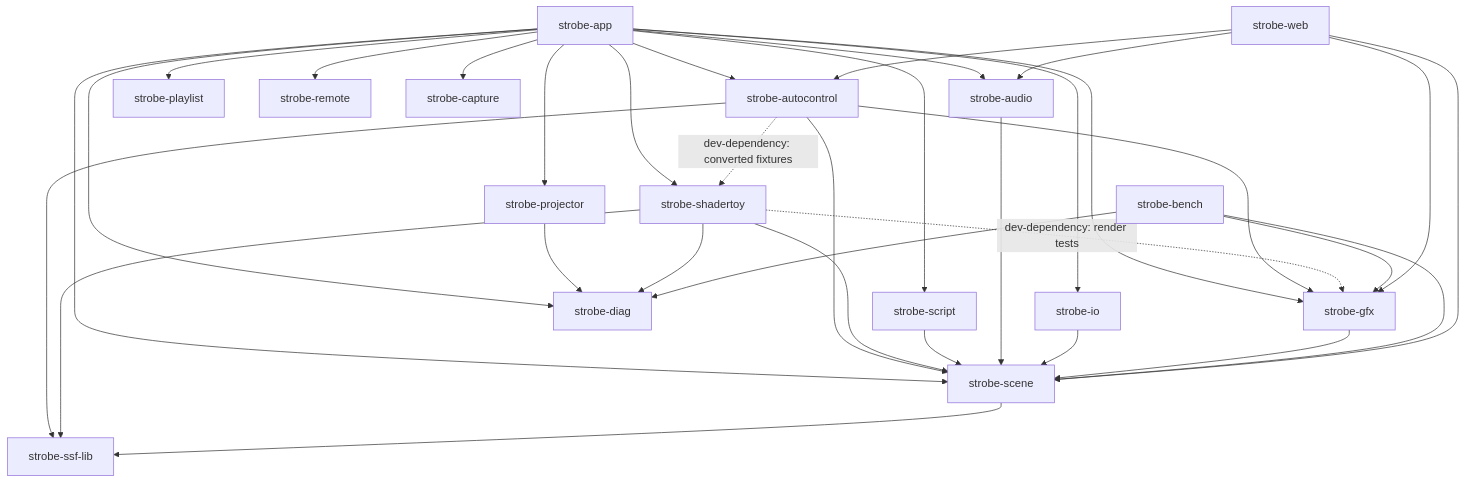
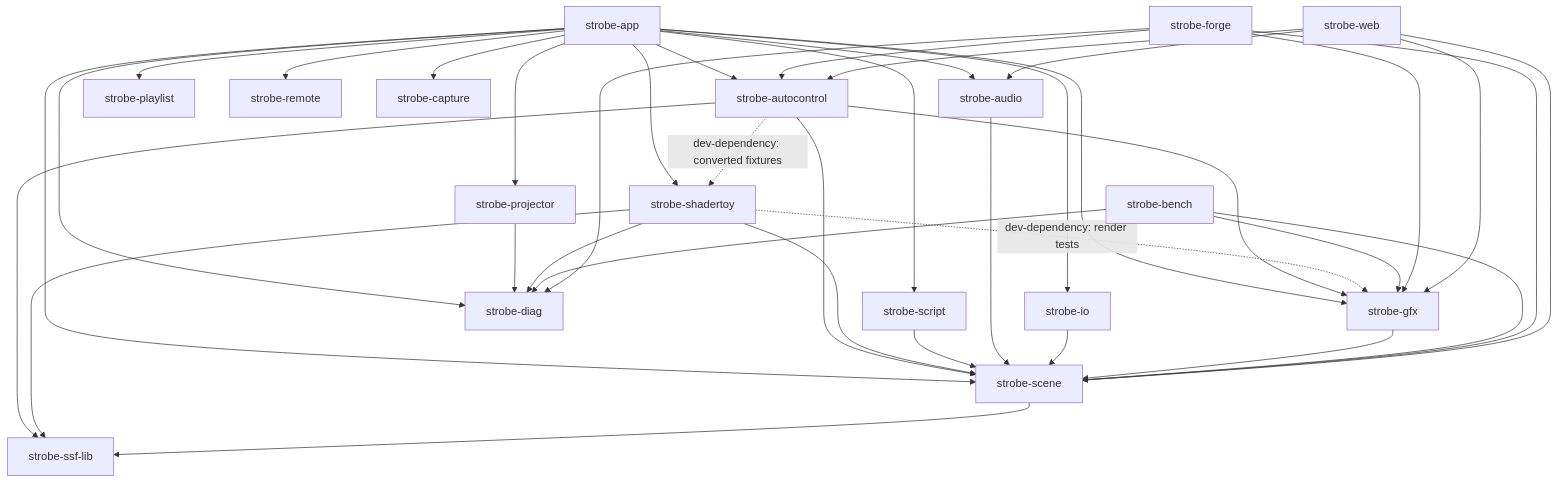
Before and after one commit to lnorton89/strobe: the diagram in docs/ARCHITECTURE.md, drawn with Mermaid. The commit also changed other lines of this file and 26 other files, not shown here.

````diff
--- a/docs/ARCHITECTURE.md
+++ b/docs/ARCHITECTURE.md
@@ -45,13 +46,14 @@
 ```mermaid
 flowchart TD
     app[strobe-app] --> shadertoy[strobe-shadertoy] & autocontrol[strobe-autocontrol] & script[strobe-script] & audio[strobe-audio] & io[strobe-io] & gfx[strobe-gfx] & scene[strobe-scene] & playlist[strobe-playlist] & remote[strobe-remote] & projector[strobe-projector] & capture[strobe-capture] & diag[strobe-diag]
     projector --> diag
     autocontrol --> gfx & scene & ssf[strobe-ssf-lib]
     autocontrol -. "dev-dependency: converted fixtures" .-> shadertoy
     shadertoy --> scene & ssf & diag
     shadertoy -. "dev-dependency: render tests" .-> gfx
     script & audio & io & gfx --> scene
     scene --> ssf
     bench[strobe-bench] --> gfx & scene & diag
+    forge[strobe-forge] --> gfx & scene & autocontrol & diag
     web[strobe-web] --> gfx & audio & scene & autocontrol
 ```
````
